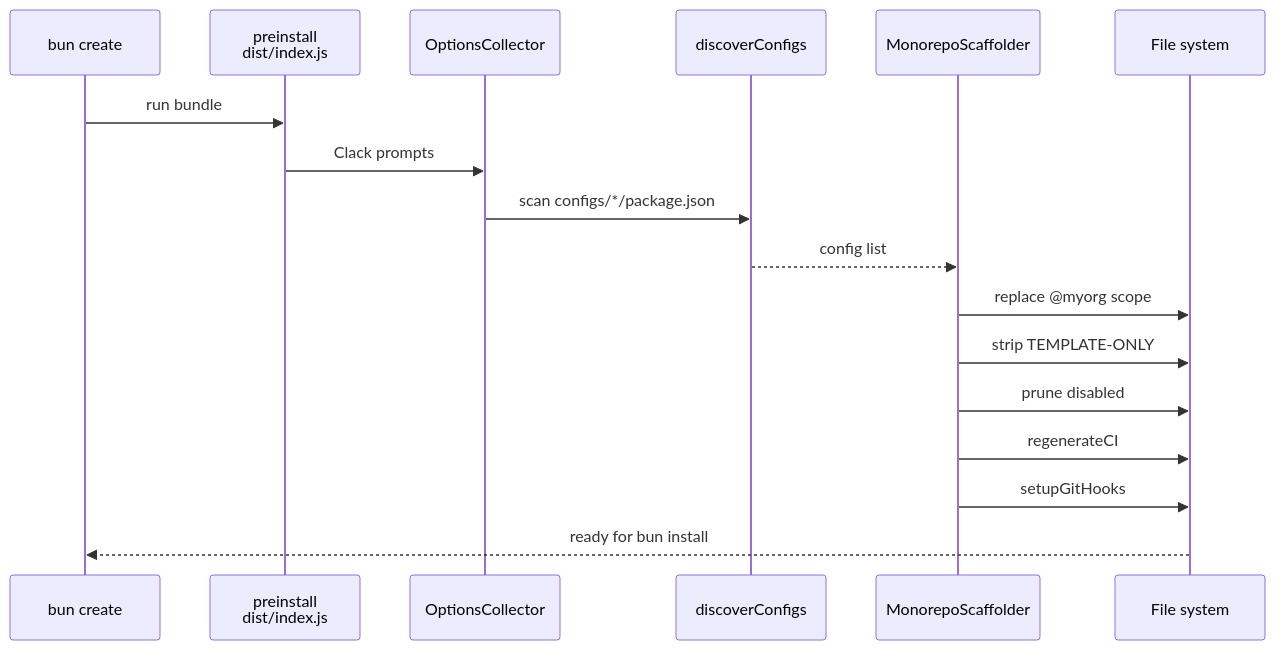
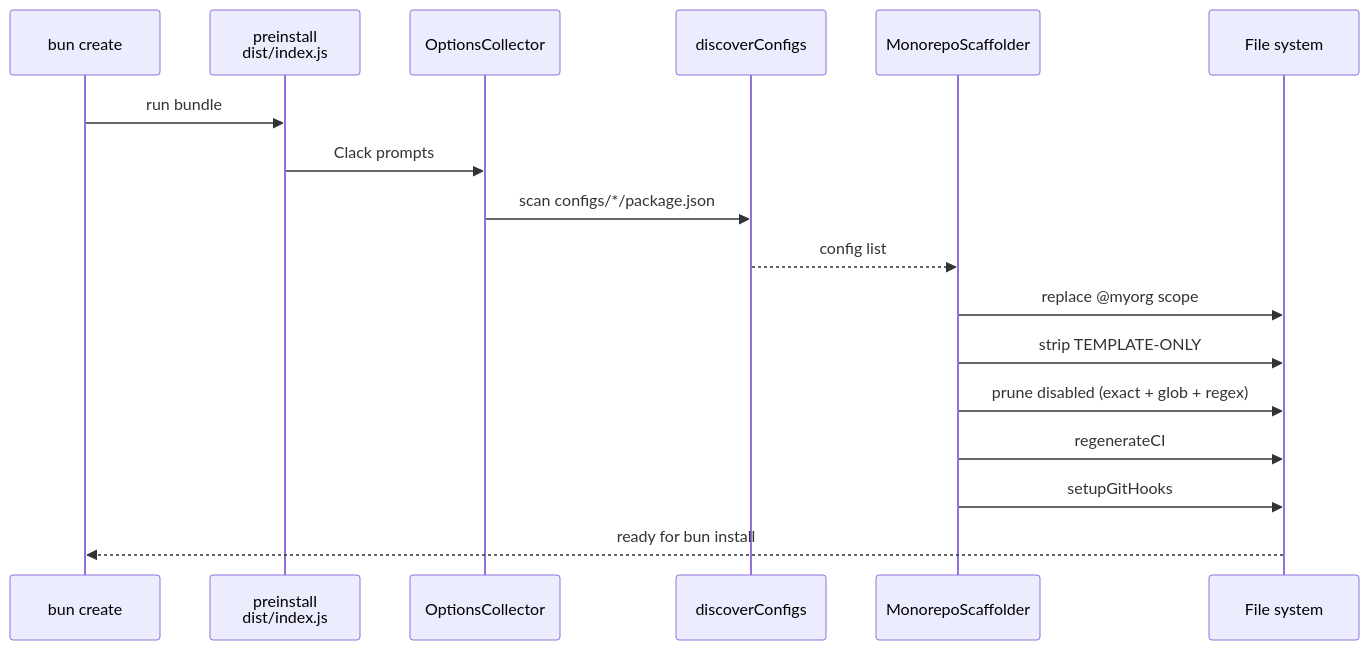
Before and after one commit to Archont561/ts-monorepo-template: the diagram in configs/template/AGENT.md, drawn with Mermaid. The commit also changed other lines of this file and 9 other files, not shown here.

First line of the commit message:
feat(config): add data-driven file glob and regex removals

````diff
--- a/configs/template/AGENT.md
+++ b/configs/template/AGENT.md
@@ -14,20 +40,20 @@
 ```mermaid
 sequenceDiagram
     participant User as bun create
     participant Pre as preinstall<br/>dist/index.js
     participant Coll as OptionsCollector
     participant Disc as discoverConfigs
     participant Scaff as MonorepoScaffolder
     participant FS as File system
 
     User->>Pre: run bundle
     Pre->>Coll: Clack prompts
     Coll->>Disc: scan configs/*/package.json
     Disc-->>Scaff: config list
     Scaff->>FS: replace @myorg scope
     Scaff->>FS: strip TEMPLATE-ONLY
-    Scaff->>FS: prune disabled
+    Scaff->>FS: prune disabled (exact + glob + regex)
     Scaff->>FS: regenerateCI
     Scaff->>FS: setupGitHooks
     FS-->>User: ready for bun install
 ```
````
